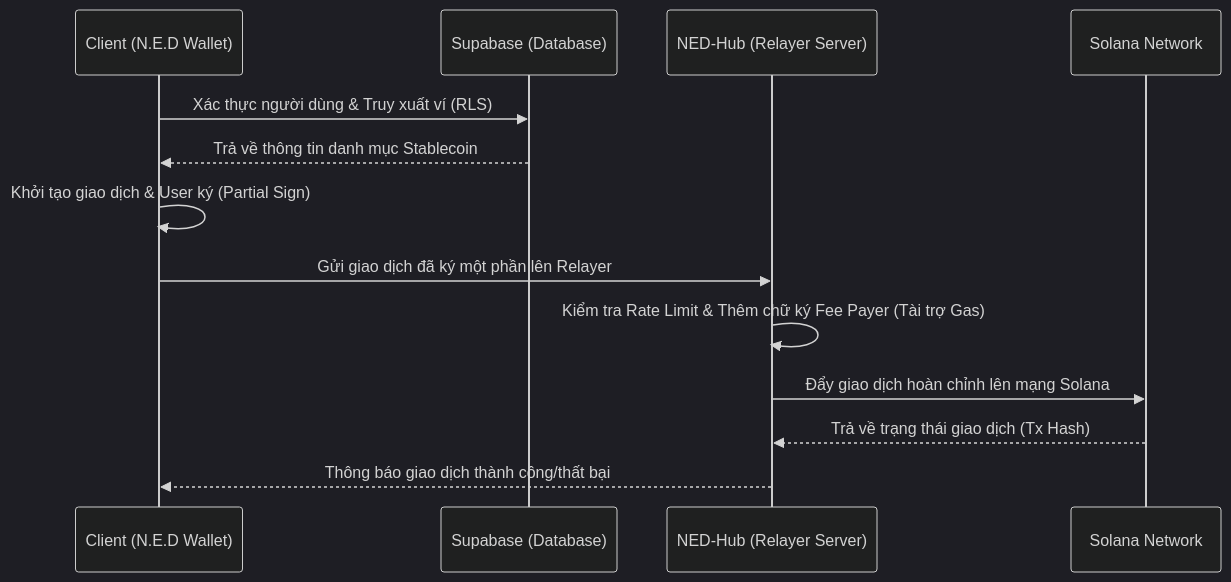
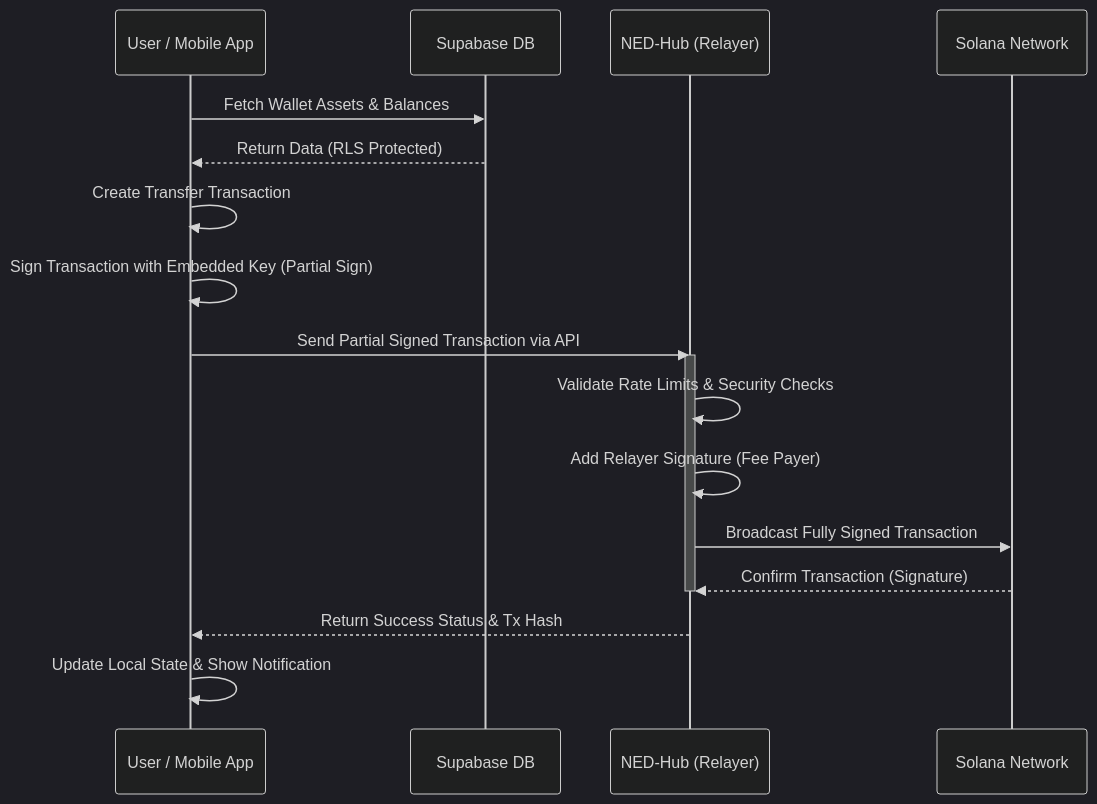
The second of 2 diagrams in README.md (Tdat10052499/Unihackfest-2026), drawn with Mermaid (dark theme) before and after one commit. The commit also changed other lines of this file, not shown here.

Commit message:
docs: overhaul README with comprehensive project documentation and architecture diagrams

````diff
--- a/README.md
+++ b/README.md
@@ -38,16 +126,26 @@
 ```mermaid
 sequenceDiagram
-    participant C as Client (N.E.D Wallet)
-    participant S as Supabase (Database)
-    participant R as NED-Hub (Relayer Server)
-    participant B as Solana Network
+    participant User as User / Mobile App
+    participant Supabase as Supabase DB
+    participant Hub as NED-Hub (Relayer)
+    participant Solana as Solana Network
 
-    C->>S: Xác thực người dùng & Truy xuất ví (RLS)
-    S-->>C: Trả về thông tin danh mục Stablecoin
-    C->>C: Khởi tạo giao dịch & User ký (Partial Sign)
-    C->>R: Gửi giao dịch đã ký một phần lên Relayer
-    R->>R: Kiểm tra Rate Limit & Thêm chữ ký Fee Payer (Tài trợ Gas)
-    R->>B: Đẩy giao dịch hoàn chỉnh lên mạng Solana
-    B-->>R: Trả về trạng thái giao dịch (Tx Hash)
-    R-->>C: Thông báo giao dịch thành công/thất bại
+    User->>Supabase: Fetch Wallet Assets & Balances
+    Supabase-->>User: Return Data (RLS Protected)
+    
+    User->>User: Create Transfer Transaction
+    User->>User: Sign Transaction with Embedded Key (Partial Sign)
+    
+    User->>Hub: Send Partial Signed Transaction via API
+    
+    activate Hub
+    Hub->>Hub: Validate Rate Limits & Security Checks
+    Hub->>Hub: Add Relayer Signature (Fee Payer)
+    Hub->>Solana: Broadcast Fully Signed Transaction
+    
+    Solana-->>Hub: Confirm Transaction (Signature)
+    deactivate Hub
+    
+    Hub-->>User: Return Success Status & Tx Hash
+    User->>User: Update Local State & Show Notification
 ```
````
